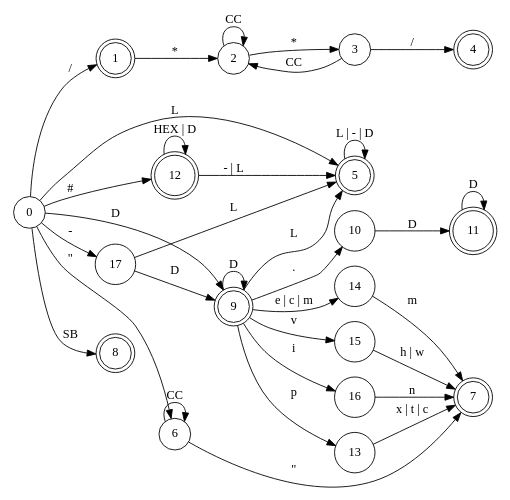
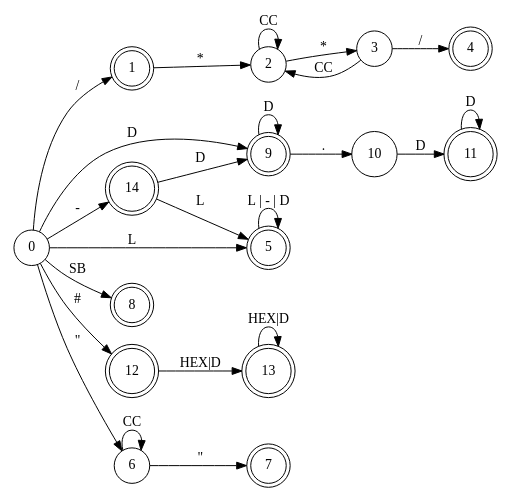
Before and after one commit to pedromf80/OLC1_Proyecto1_201700656: the diagram in automatacss.dot, drawn with Graphviz. The commit also changed 5 other files, not shown here.

```diff
--- a/automatacss.dot
+++ b/automatacss.dot
@@ -1,39 +1,32 @@
 digraph finite_state_machine {
 	rankdir=LR;
 	size="8,5"
-	node [shape = doublecircle]; 1 4 5 7 8 9 11 12
+	node [shape = doublecircle]; 1 4 5 7 8 9 11 12 13 14
 	node [shape = circle];
 	0 -> 1 [ label = "/" ];
 	1 -> 2 [ label = "*" ];
     2 -> 2 [ label = "CC"];
     2 -> 3 [ label = "*"];
     3 -> 2 [ label = "CC"];
     3 -> 4 [ label = "/"];
     0 -> 5 [ label = "L"];
     5 -> 5 [ label = "L | - | D"];
-    12 -> 5 [ label = "- | L"];
-    9 -> 5 [label = "L"]
-    0 -> 17 [ label = "-"];
-    17 -> 9 [ label = "D"];
-    17 -> 5 [ label = "L"];
+   // 12 -> 5 [ label = "- | L"];
+   // 9 -> 5 [label = "L"]
+    0 -> 14 [ label = "-"];
+    14 -> 9 [ label = "D"];
+    14 -> 5 [ label = "L"];
     0 -> 6 [ label = "\""];
     6 -> 6 [ label = "CC"];
     6 -> 7 [ label = "\""];
     0 -> 8 [ label = "SB"];
     0 -> 9 [ label = "D"];
     9 -> 9 [ label = "D"];
     9 -> 10 [ label = "."];
     10 -> 11 [ label = "D"];
     11 -> 11 [ label = "D"]; 
  //   9 -> 12 [ label = "HEX"];
-    12 -> 12 [ label = "HEX | D"];
     0 -> 12 [ label = "#"];
-    9 -> 13 [ label = "p"];
-    13 -> 7 [ label = "x | t | c"];
-    9 -> 14 [ label = "e | c | m"];
-    14 -> 7 [ label = "m"];
-    9 -> 15 [ label = "v"];
-    15 ->  7 [ label = "h | w"];
-    9 -> 16 [ label = "i"];
-    16 -> 7 [ label = "n"];
+    12 -> 13 [label = "HEX|D"]
+	13 -> 13 [ label = "HEX|D"]
 }
```
